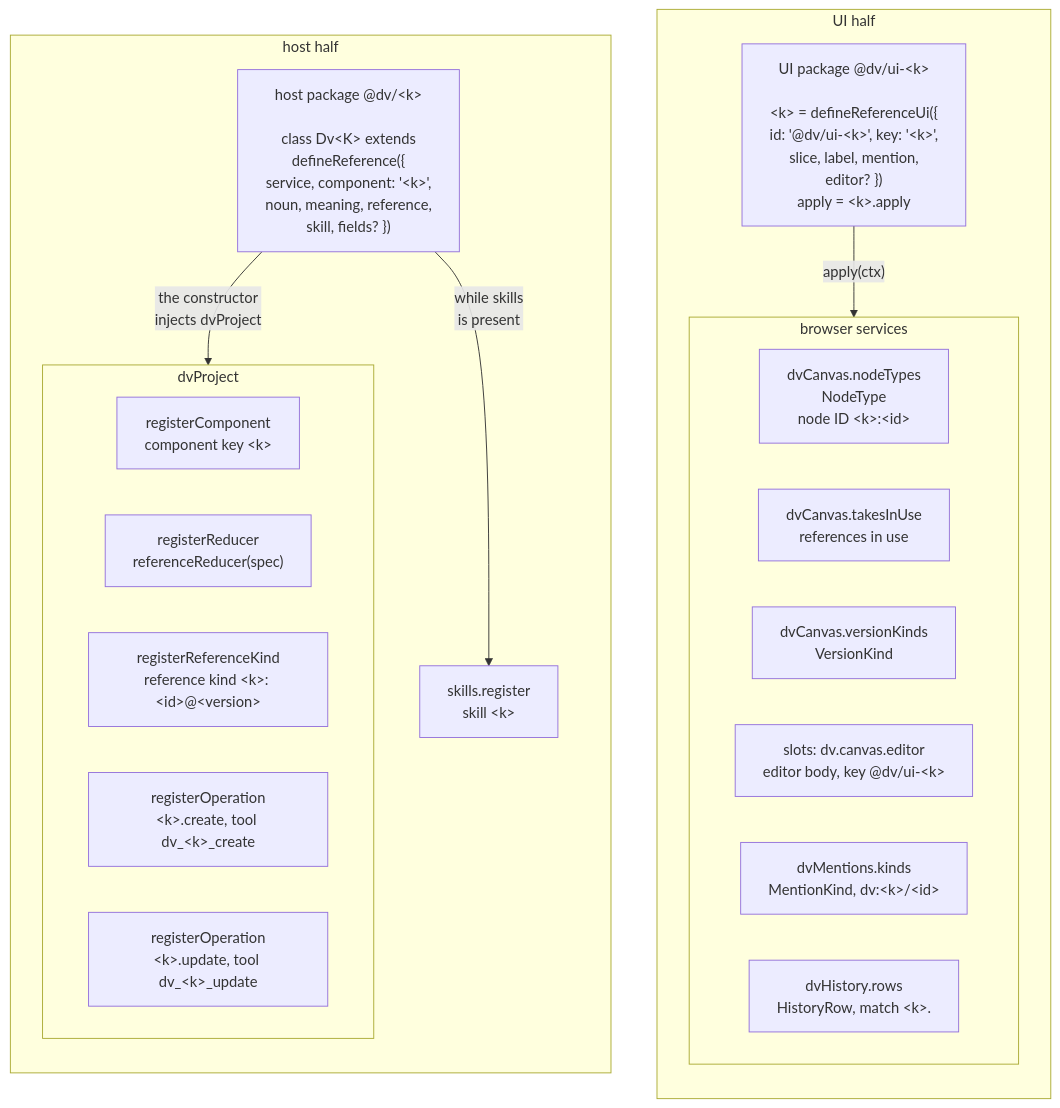
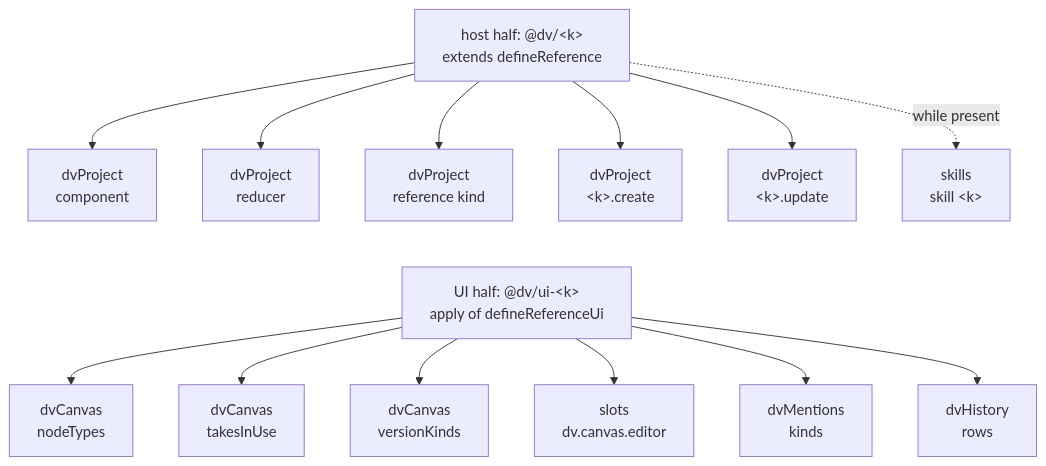
The diagram in docs/dreamverse/subsystems/reference-nouns.md (fastvideo-project/dreamverse-harness), drawn with Mermaid before and after one commit. The commit also changed 20 other files, not shown here.

````diff
--- a/docs/dreamverse/subsystems/reference-nouns.md
+++ b/docs/dreamverse/subsystems/reference-nouns.md
@@ -30,33 +30,21 @@
 ```mermaid
 flowchart TB
-  subgraph uiHalf["UI half"]
-    direction TB
-    uiCall["UI package @dv/ui-#lt;k#gt;<br/><br/>#lt;k#gt; = defineReferenceUi({<br/>id: '@dv/ui-#lt;k#gt;', key: '#lt;k#gt;',<br/>slice, label, mention,<br/>editor? })<br/>apply = #lt;k#gt;.apply"]
-    subgraph browser["browser services"]
-      direction LR
-      nodeTypes["dvCanvas.nodeTypes<br/>NodeType<br/>node ID #lt;k#gt;:#lt;id#gt;"]
-      takesInUse["dvCanvas.takesInUse<br/>references in use"]
-      versionKinds["dvCanvas.versionKinds<br/>VersionKind"]
-      editorSlot["slots: dv.canvas.editor<br/>editor body, key @dv/ui-#lt;k#gt;"]
-      mentions["dvMentions.kinds<br/>MentionKind, dv:#lt;k#gt;/#lt;id#gt;"]
-      history["dvHistory.rows<br/>HistoryRow, match #lt;k#gt;."]
-    end
-    uiCall -- "apply(ctx)" --> browser
-  end
-
-  subgraph hostHalf["host half"]
-    direction TB
-    hostCall["host package @dv/#lt;k#gt;<br/><br/>class Dv#lt;K#gt; extends<br/>defineReference({<br/>service, component: '#lt;k#gt;',<br/>noun, meaning, reference,<br/>skill, fields? })"]
-    subgraph dvProject["dvProject"]
-      direction LR
-      regComponent["registerComponent<br/>component key #lt;k#gt;"]
-      regReducer["registerReducer<br/>referenceReducer(spec)"]
-      regKind["registerReferenceKind<br/>reference kind #lt;k#gt;: #lt;id#gt;@#lt;version#gt;"]
-      regCreate["registerOperation<br/>#lt;k#gt;.create, tool dv_#lt;k#gt;_create"]
-      regUpdate["registerOperation<br/>#lt;k#gt;.update, tool dv_#lt;k#gt;_update"]
-    end
-    skills["skills.register<br/>skill #lt;k#gt;"]
-    hostCall -- "the constructor<br/>injects dvProject" --> dvProject
-    hostCall -- "while skills<br/>is present" --> skills
-  end
+  hostCall["host half: @dv/#lt;k#gt;<br/>extends defineReference"]
+  regComponent["dvProject<br/>component"]
+  regReducer["dvProject<br/>reducer"]
+  regKind["dvProject<br/>reference kind"]
+  regCreate["dvProject<br/>#lt;k#gt;.create"]
+  regUpdate["dvProject<br/>#lt;k#gt;.update"]
+  regSkill["skills<br/>skill #lt;k#gt;"]
+  hostCall --> regComponent & regReducer & regKind & regCreate & regUpdate
+  hostCall -. "while present" .-> regSkill
+  uiCall["UI half: @dv/ui-#lt;k#gt;<br/>apply of defineReferenceUi"]
+  nodeTypes["dvCanvas<br/>nodeTypes"]
+  takesInUse["dvCanvas<br/>takesInUse"]
+  versionKinds["dvCanvas<br/>versionKinds"]
+  editorSlot["slots<br/>dv.canvas.editor"]
+  mentionKinds["dvMentions<br/>kinds"]
+  historyRows["dvHistory<br/>rows"]
+  uiCall --> nodeTypes & takesInUse & versionKinds & editorSlot & mentionKinds & historyRows
+  regComponent & regReducer & regKind & regCreate & regUpdate & regSkill ~~~ uiCall
 ```
````
